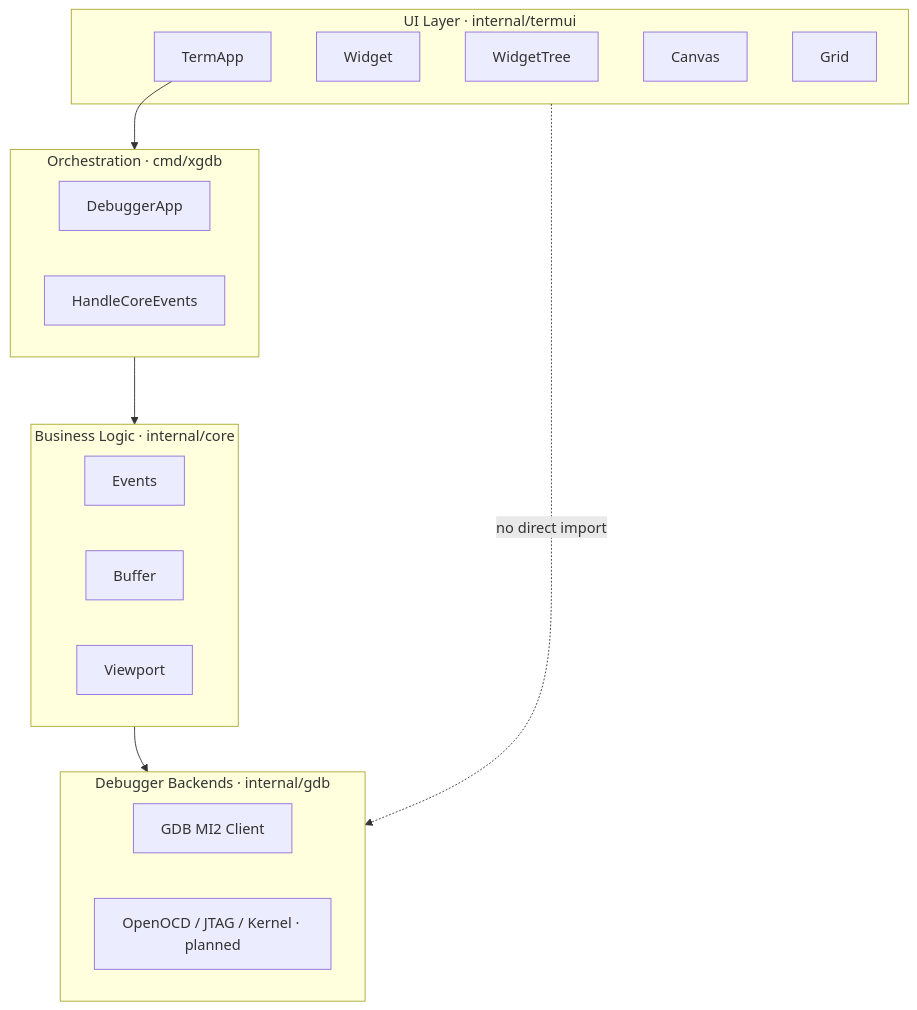
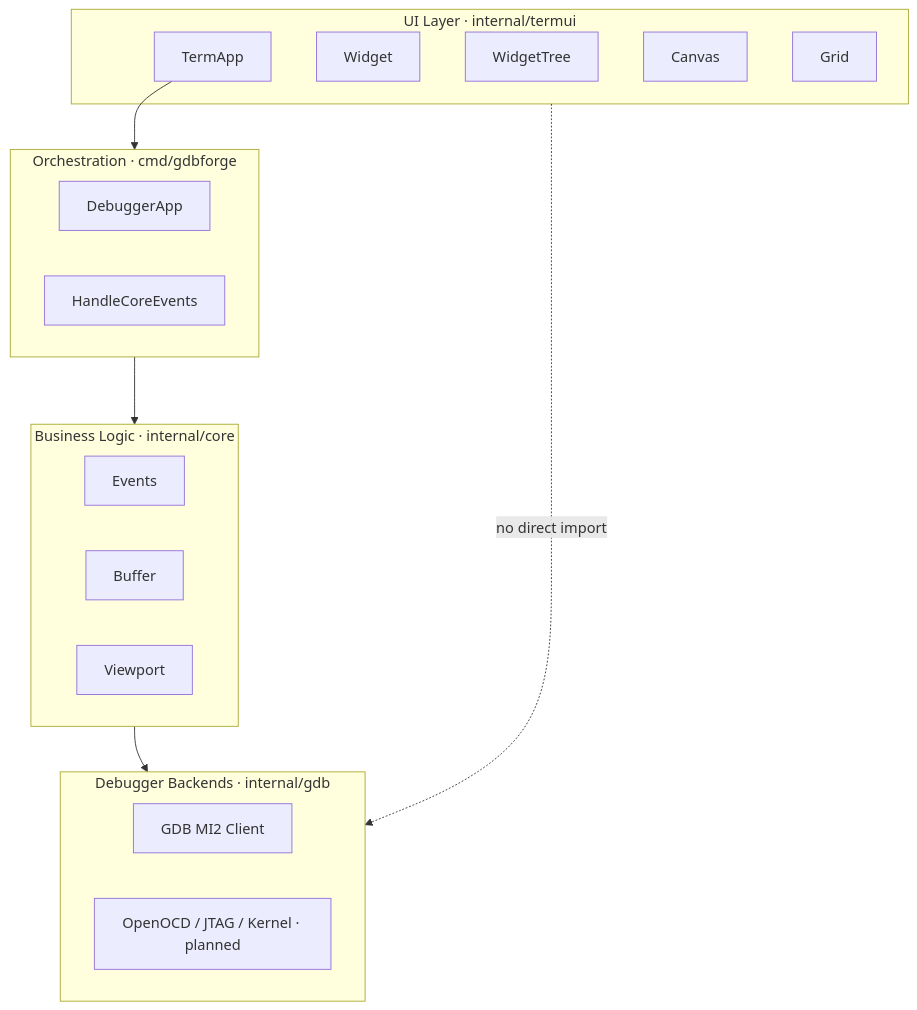
Before and after one commit to yairgd/gdbforge: the diagram in docs/diagrams/module_boundaries.mermaid, drawn with Mermaid. The commit also changed 132 other files, not shown here.

First line of the commit message:
Rebrand xgdb to gdbforge and add dual-PTY program IO.

```diff
--- a/docs/diagrams/module_boundaries.mermaid
+++ b/docs/diagrams/module_boundaries.mermaid
@@ -1,29 +1,29 @@
 flowchart TB
     subgraph UI["UI Layer · internal/termui"]
         TermApp
         Widget
         WidgetTree
         Canvas
         Grid
     end
 
-    subgraph App["Orchestration · cmd/xgdb"]
+    subgraph App["Orchestration · cmd/gdbforge"]
         DebuggerApp["DebuggerApp"]
         HandleCore["HandleCoreEvents"]
     end
 
     subgraph Core["Business Logic · internal/core"]
         Events
         Buffer
         Viewport
     end
 
     subgraph Backends["Debugger Backends · internal/gdb"]
         GDB_MI["GDB MI2 Client"]
         Future["OpenOCD / JTAG / Kernel · planned"]
     end
 
     TermApp --> App
     App --> Core
     Core --> Backends
     UI -.->|"no direct import"| Backends
```
